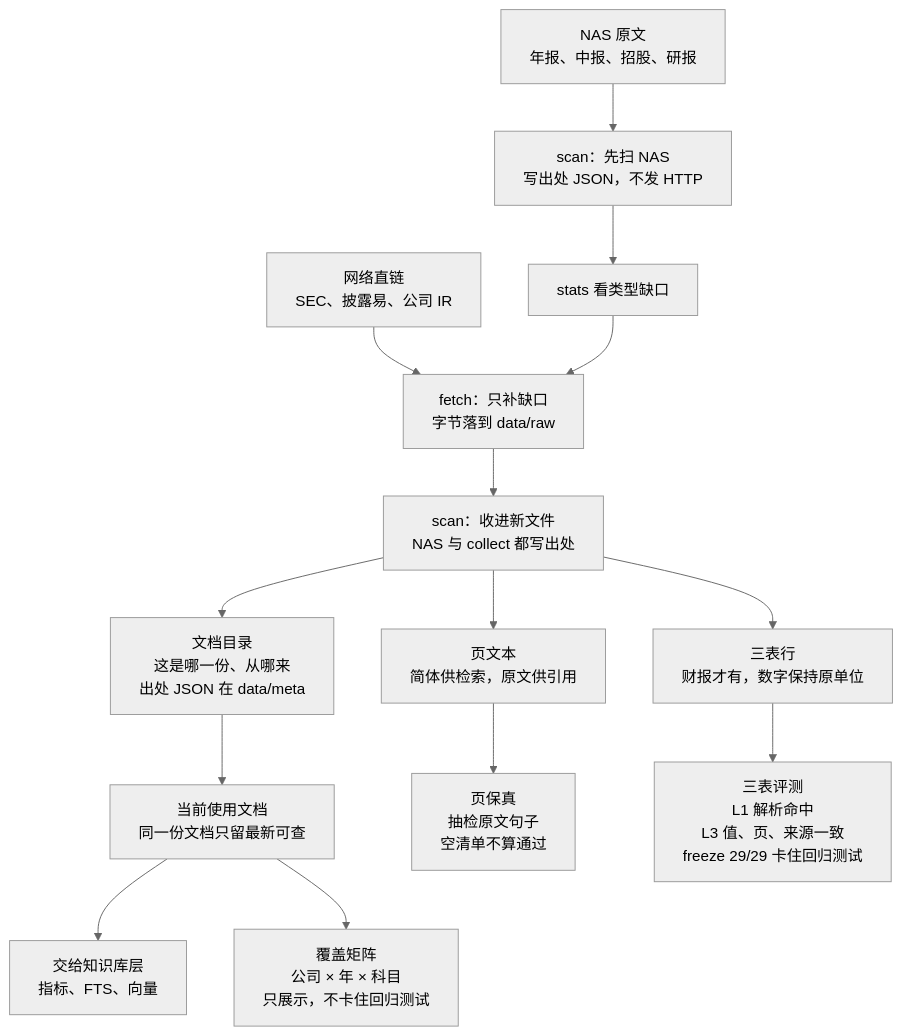
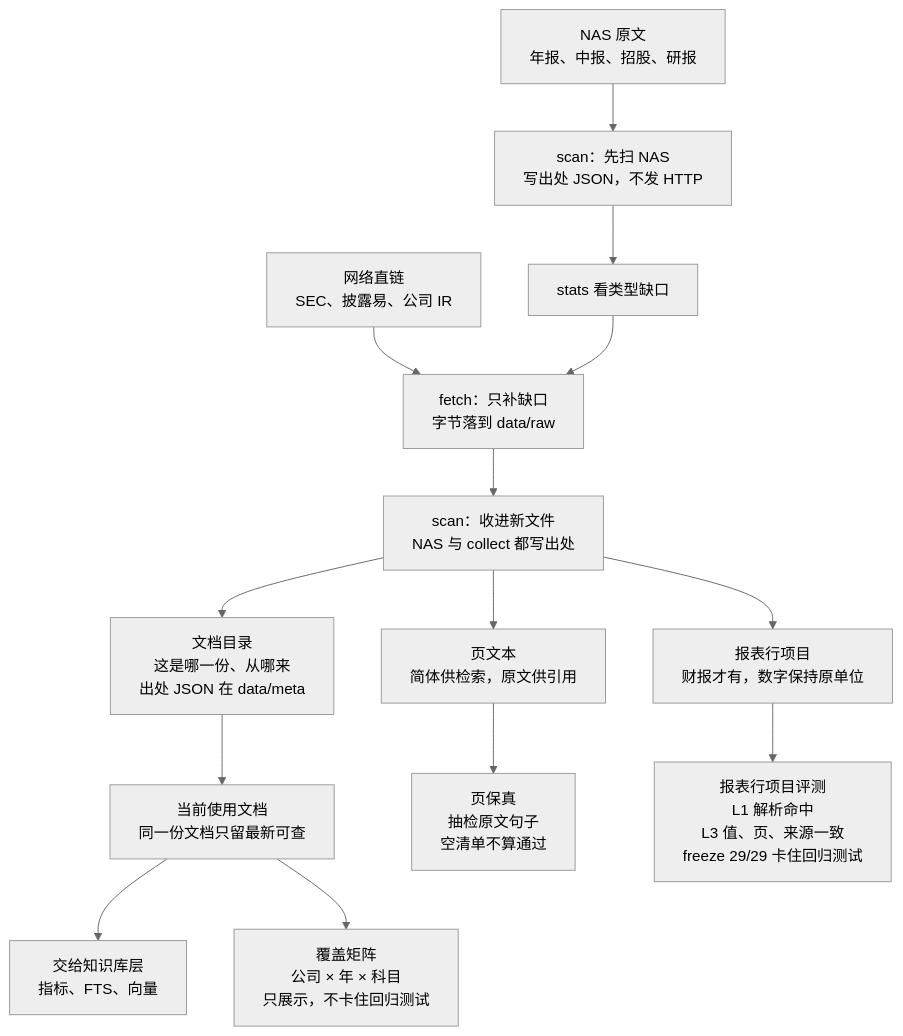
Before and after one commit to lyfxxxx/stock-kb: the third of 5 diagrams in docs/report-system.md, drawn with Mermaid (neutral theme). The commit also changed other lines of this file and 13 other files, not shown here.

First line of the commit message:
feat(eval): 回归门禁扩至 15 项，按查询意图分派融合权重与重排

````diff
--- a/docs/report-system.md
+++ b/docs/report-system.md
@@ -130,25 +130,25 @@
 ```mermaid
 flowchart TB
   nas[NAS 原文<br/>年报、中报、招股、研报]
   scanNas[scan：先扫 NAS<br/>写出处 JSON，不发 HTTP]
   stats[stats 看类型缺口]
   web[网络直链<br/>SEC、披露易、公司 IR]
   fetch[fetch：只补缺口<br/>字节落到 data/raw]
   scanIn[scan：收进新文件<br/>NAS 与 collect 都写出处]
   catalog[文档目录<br/>这是哪一份、从哪来<br/>出处 JSON 在 data/meta]
   pages[页文本<br/>简体供检索，原文供引用]
-  stmts[三表行<br/>财报才有，数字保持原单位]
+  stmts[报表行项目<br/>财报才有，数字保持原单位]
   live[当前使用文档<br/>同一份文档只留最新可查]
   fid[页保真<br/>抽检原文句子<br/>空清单不算通过]
-  st[三表评测<br/>L1 解析命中<br/>L3 值、页、来源一致<br/>freeze 29/29 卡住回归测试]
+  st[报表行项目评测<br/>L1 解析命中<br/>L3 值、页、来源一致<br/>freeze 29/29 卡住回归测试]
   cov[覆盖矩阵<br/>公司 × 年 × 科目<br/>只展示，不卡住回归测试]
   kb[交给知识库层<br/>指标、FTS、向量]
 
   nas --> scanNas --> stats
   web --> fetch
   stats --> fetch --> scanIn
   scanIn --> catalog --> live --> kb
   scanIn --> pages --> fid
   scanIn --> stmts --> st
   live --> cov
 ```
````
